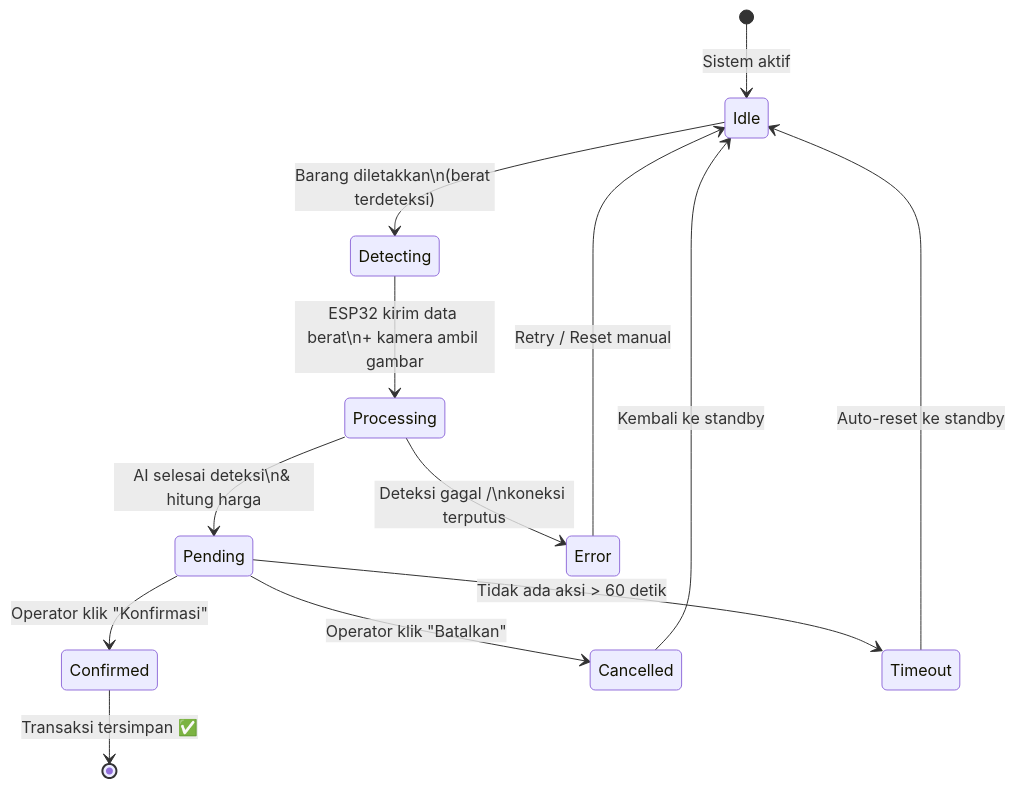
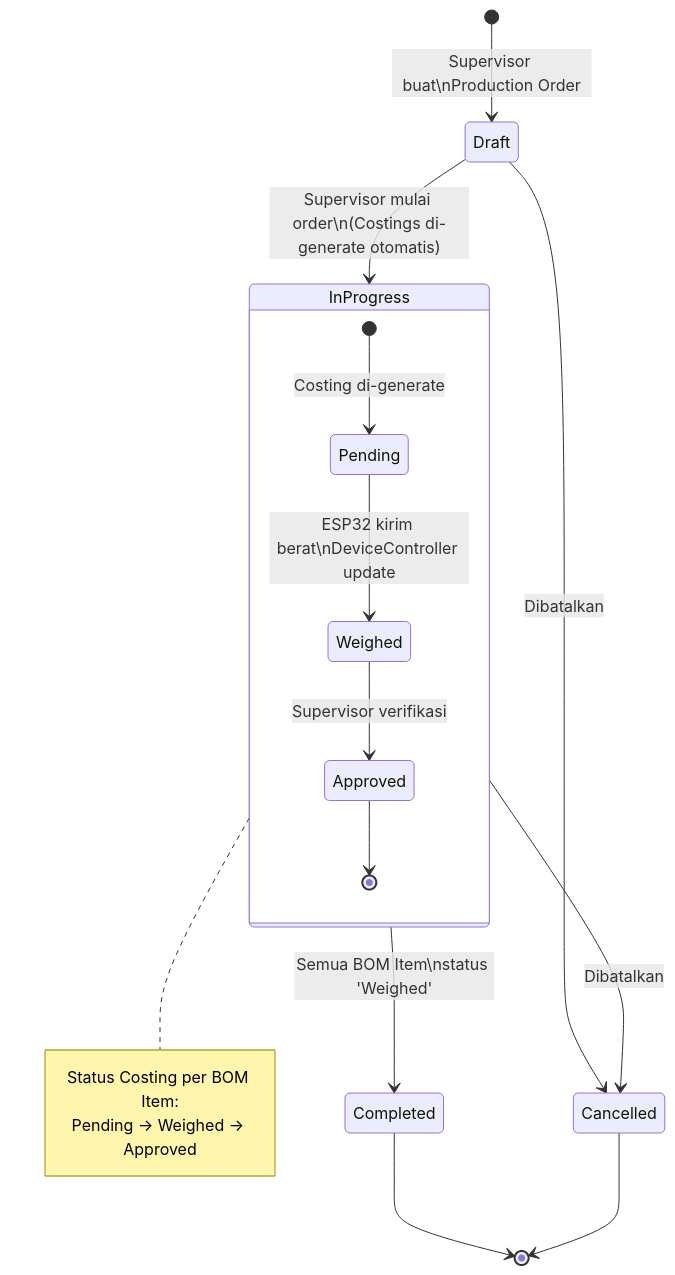
Before and after one commit to algar12/MAGANG_PT_BINA: the seventh of 7 diagrams in diagram_uml.md, drawn with Mermaid. The commit also changed other lines of this file, not shown here.

Commit message:
update diagram

````diff
--- a/diagram_uml.md
+++ b/diagram_uml.md
@@ -328,21 +368,25 @@
 ```mermaid
 stateDiagram-v2
-    [*] --> Idle : Sistem aktif
+    [*] --> Draft : Supervisor buat\nProduction Order
 
-    Idle --> Detecting : Barang diletakkan\n(berat terdeteksi)
+    Draft --> InProgress : Supervisor mulai order\n(Costings di-generate otomatis)
+    Draft --> Cancelled : Dibatalkan
 
-    Detecting --> Processing : ESP32 kirim data berat\n+ kamera ambil gambar
+    InProgress --> Completed : Semua BOM Item\nstatus 'Weighed'
+    InProgress --> Cancelled : Dibatalkan
 
-    Processing --> Pending : AI selesai deteksi\n& hitung harga
+    Completed --> [*]
+    Cancelled --> [*]
 
-    Pending --> Confirmed : Operator klik "Konfirmasi"
-    Pending --> Cancelled : Operator klik "Batalkan"
-    Pending --> Timeout : Tidak ada aksi > 60 detik
+    state InProgress {
+        [*] --> Pending : Costing di-generate
+        Pending --> Weighed : ESP32 kirim berat\nDeviceController update
+        Weighed --> Approved : Supervisor verifikasi
+        Approved --> [*]
+    }
 
-    Confirmed --> [*] : Transaksi tersimpan ✅
-    Cancelled --> Idle : Kembali ke standby
-    Timeout --> Idle : Auto-reset ke standby
-
-    Processing --> Error : Deteksi gagal /\nkoneksi terputus
-    Error --> Idle : Retry / Reset manual
+    note right of InProgress
+        Status Costing per BOM Item:
+        Pending → Weighed → Approved
+    end note
 ```
````
